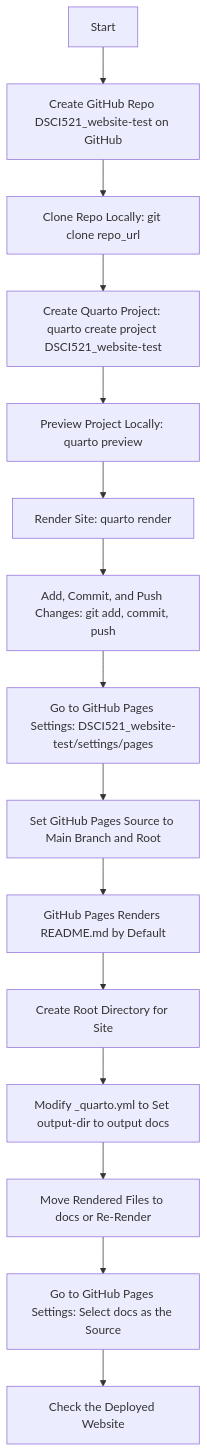
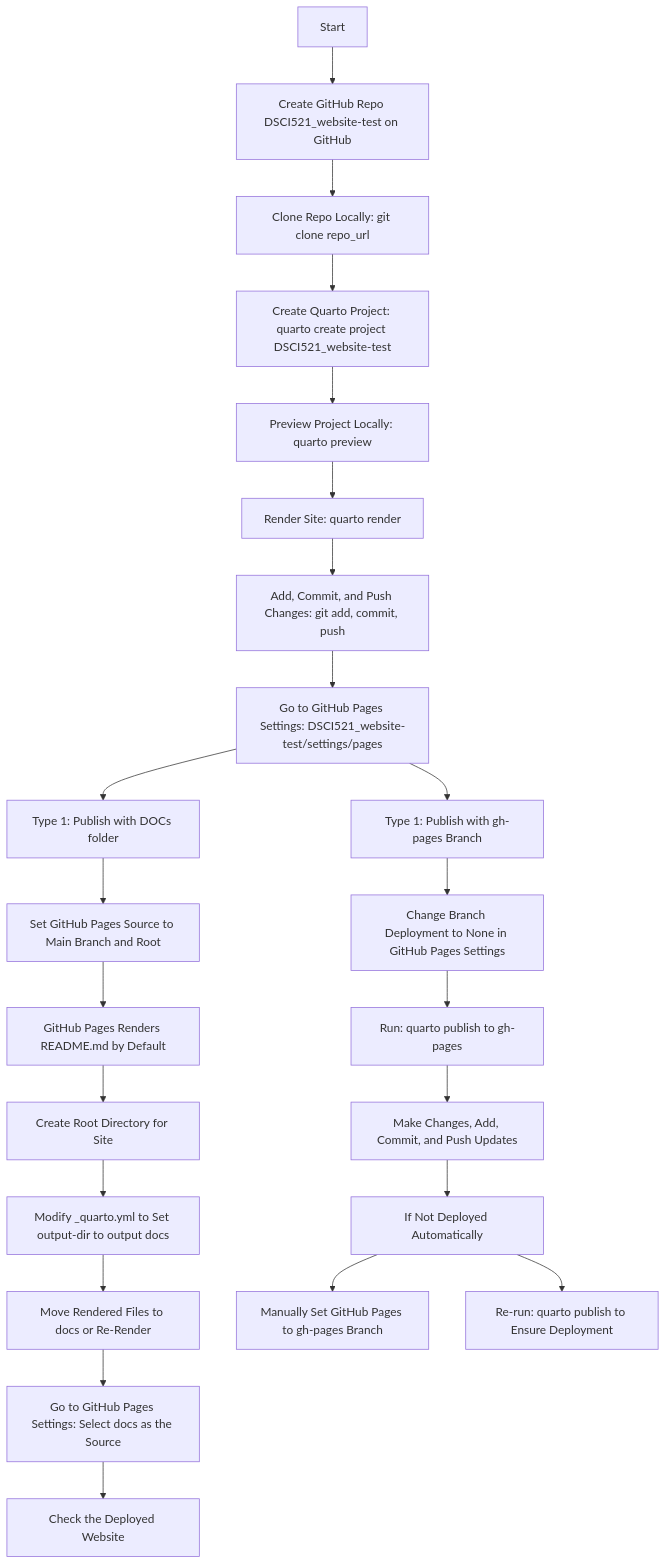
One commit to andytai7/DSCI521_website-test changed the diagram in about.qmd. Above: the diagram before and after it, drawn with Mermaid. The commit also changed other lines of this file and 2 other files, not shown here.

````diff
--- a/about.qmd
+++ b/about.qmd
@@ -7,23 +7,29 @@
 ```{mermaid}
 
 flowchart TD
     A[Start] --> B[Create GitHub Repo DSCI521_website-test on GitHub]
     B --> C[Clone Repo Locally: git clone repo_url]
     C --> D[Create Quarto Project: quarto create project DSCI521_website-test]
     D --> E[Preview Project Locally: quarto preview]
     E --> F[Render Site: quarto render]
     F --> G[Add, Commit, and Push Changes: git add, commit, push]
-    
     G --> H[Go to GitHub Pages Settings: DSCI521_website-test/settings/pages]
-    H --> I[Set GitHub Pages Source to Main Branch and Root]
+
+    H --> Q[Type 1: Publish with DOCs folder]
+    Q --> I[Set GitHub Pages Source to Main Branch and Root]
     I --> J[GitHub Pages Renders README.md by Default]
-    
     J --> K[Create Root Directory for Site]
     K --> L[Modify _quarto.yml to Set output-dir to output docs]
     L --> M[Move Rendered Files to docs or Re-Render]
     M --> N[Go to GitHub Pages Settings: Select docs as the Source]
     N --> O[Check the Deployed Website]
 
-
+    H --> P[Type 1: Publish with gh-pages Branch]
+    P --> R[Change Branch Deployment to None in GitHub Pages Settings]
+    R --> S[Run: quarto publish to gh-pages]
+    S --> T[Make Changes, Add, Commit, and Push Updates]
+    T --> U[If Not Deployed Automatically]
+    U --> V[Manually Set GitHub Pages to gh-pages Branch]
+    U --> W[Re-run: quarto publish to Ensure Deployment]
   
 ```
````
